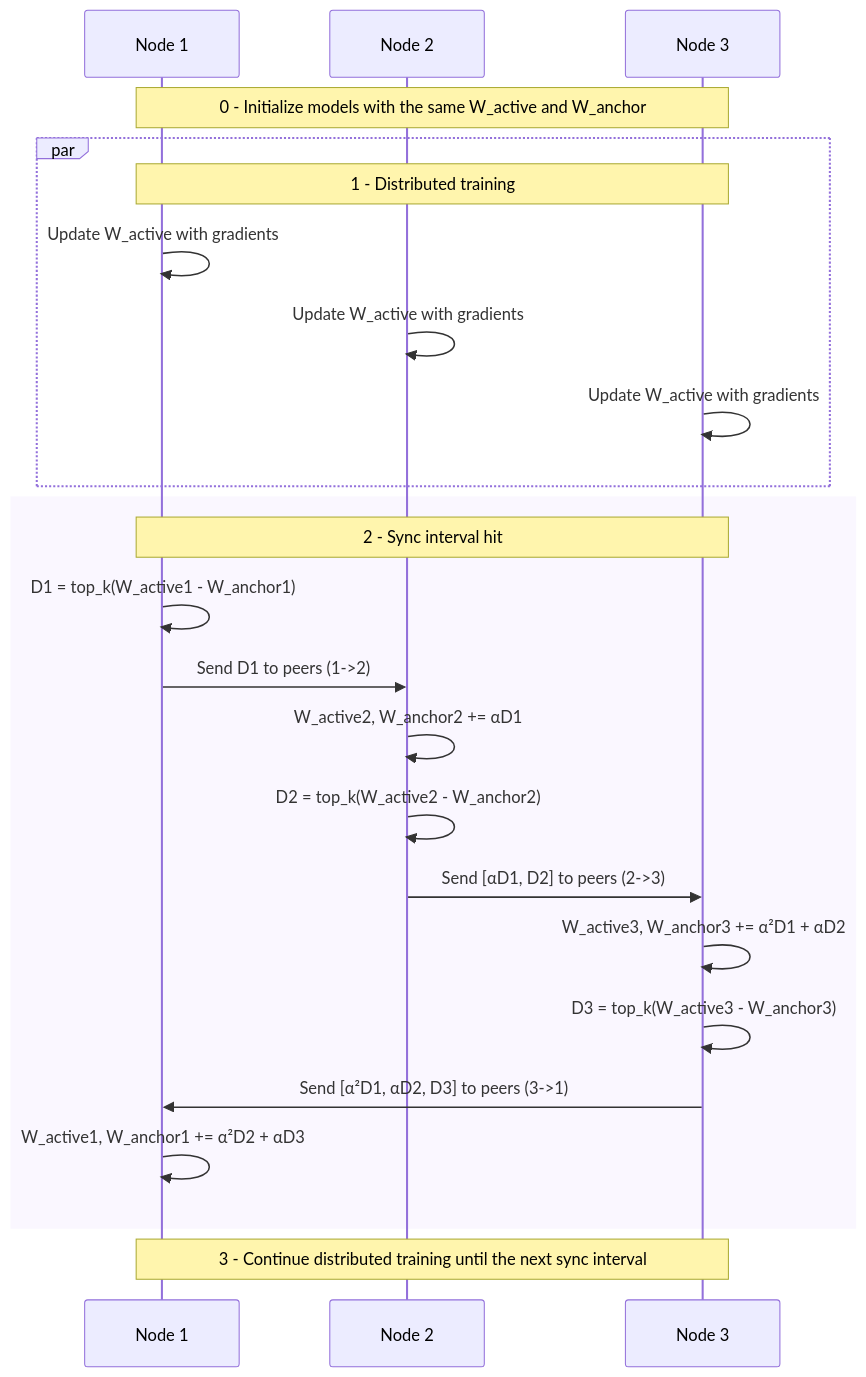
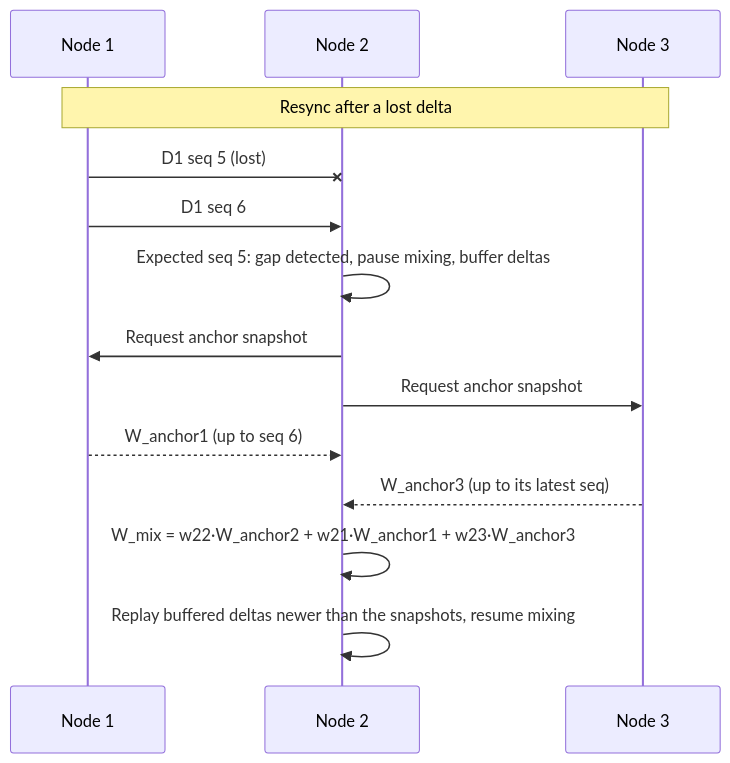
Before and after one commit to JiraPit/DeltaFabric: the diagram in visualization/example_flow_2.mmd, drawn with Mermaid. The commit also changed other lines of this file and 37 other files, not shown here.

First line of the commit message:
Rework sync to CHOCO-style mixing with resync and compact encoding

```diff
--- a/visualization/example_flow_2.mmd
+++ b/visualization/example_flow_2.mmd
@@ -1,28 +1,16 @@
 sequenceDiagram
     participant N1 as Node 1
     participant N2 as Node 2
     participant N3 as Node 3
 
-    Note over N1, N3: 0 - Initialize models with the same W_active and W_anchor
+    Note over N1, N3: Resync after a lost delta
 
-    par
-        Note over N1, N3: 1 - Distributed training
-        N1->>N1: Update W_active with gradients
-        N2->>N2: Update W_active with gradients
-        N3->>N3: Update W_active with gradients
-    end
-
-    rect rgba(200, 180, 255, 0.1)
-        Note over N1, N3: 2 - Sync interval hit
-        N1->>N1: D1 = top_k(W_active1 - W_anchor1)
-        N1->>N2: Send D1 to peers (1->2)
-        N2->>N2: W_active2, W_anchor2 += αD1
-        N2->>N2: D2 = top_k(W_active2 - W_anchor2)
-        N2->>N3: Send [αD1, D2] to peers (2->3)
-        N3->>N3: W_active3, W_anchor3 += α²D1 + αD2
-        N3->>N3: D3 = top_k(W_active3 - W_anchor3)
-        N3->>N1: Send [α²D1, αD2, D3] to peers (3->1)
-        N1->>N1: W_active1, W_anchor1 += α²D2 + αD3
-    end
-
-    Note over N1, N3: 3 - Continue distributed training until the next sync interval
+    N1-xN2: D1 seq 5 (lost)
+    N1->>N2: D1 seq 6
+    N2->>N2: Expected seq 5: gap detected, pause mixing, buffer deltas
+    N2->>N1: Request anchor snapshot
+    N2->>N3: Request anchor snapshot
+    N1-->>N2: W_anchor1 (up to seq 6)
+    N3-->>N2: W_anchor3 (up to its latest seq)
+    N2->>N2: W_mix = w22·W_anchor2 + w21·W_anchor1 + w23·W_anchor3
+    N2->>N2: Replay buffered deltas newer than the snapshots, resume mixing
```
